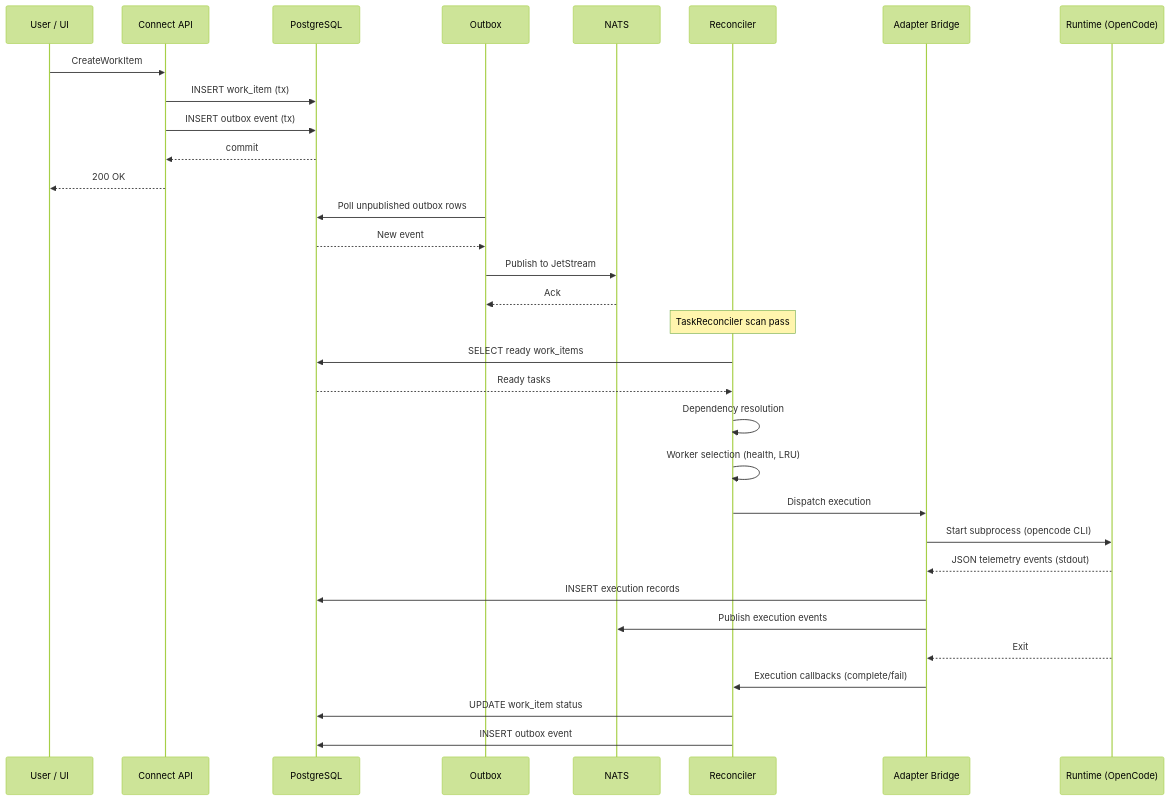
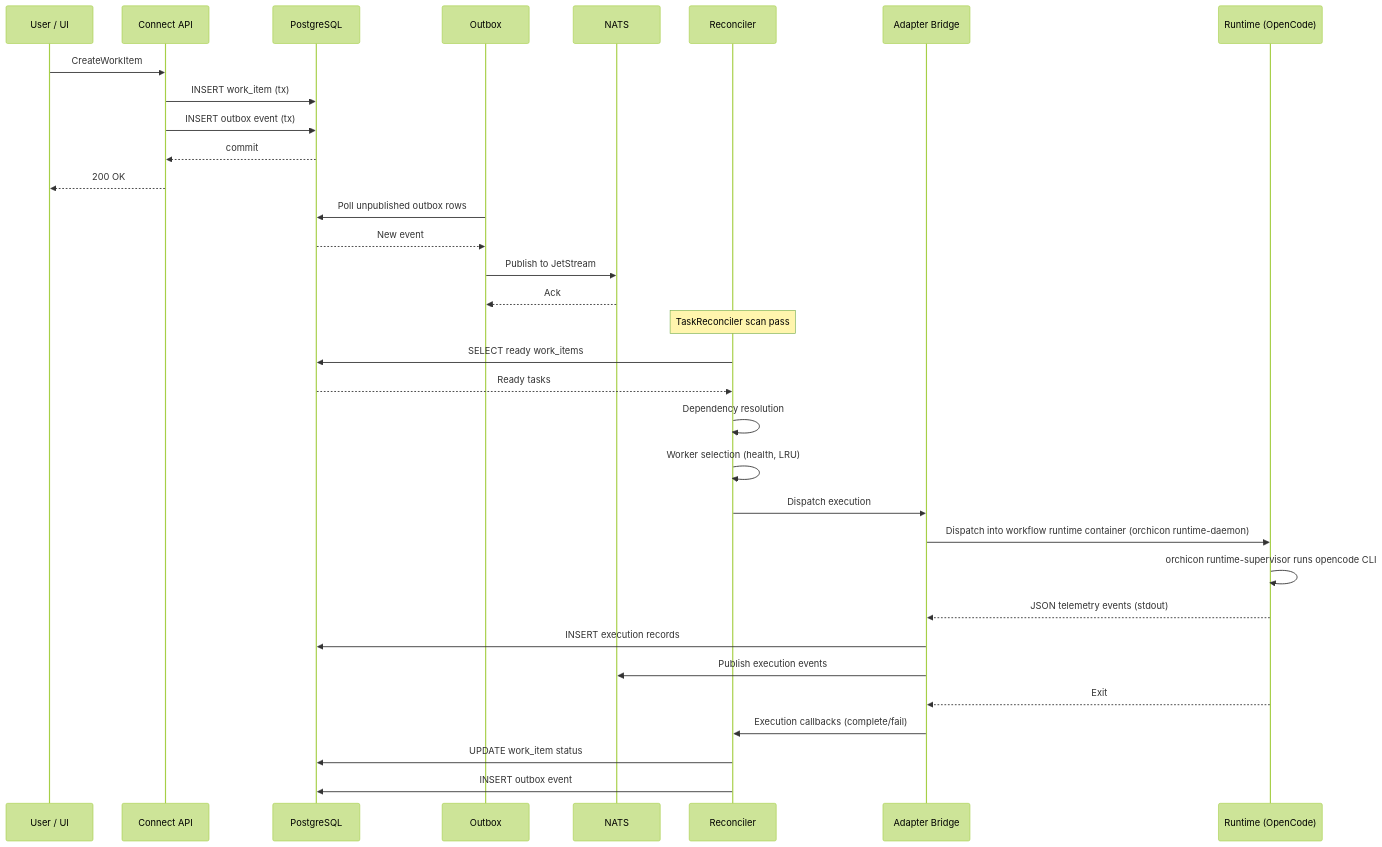
The second of 3 diagrams in DOCUMENTATION.md (beardedparrott/Orchicon), drawn with Mermaid (forest theme) before and after one commit. The commit also changed other lines of this file and 31 other files, not shown here.

First line of the commit message:
Per-workflow runtime containers: pure per-workflow execution, armed + hardened workers (v0.1.164)

````diff
--- a/DOCUMENTATION.md
+++ b/DOCUMENTATION.md
@@ -169,37 +174,38 @@
 ```mermaid
 sequenceDiagram
     participant U as User / UI
     participant API as Connect API
     participant DB as PostgreSQL
     participant O as Outbox
     participant N as NATS
     participant R as Reconciler
     participant A as Adapter Bridge
     participant RT as Runtime (OpenCode)
 
     U->>API: CreateWorkItem
     API->>DB: INSERT work_item (tx)
     API->>DB: INSERT outbox event (tx)
     DB-->>API: commit
     API-->>U: 200 OK
 
     O->>DB: Poll unpublished outbox rows
     DB-->>O: New event
     O->>N: Publish to JetStream
     N-->>O: Ack
 
     Note over R: TaskReconciler scan pass
     R->>DB: SELECT ready work_items
     DB-->>R: Ready tasks
     R->>R: Dependency resolution
     R->>R: Worker selection (health, LRU)
     R->>A: Dispatch execution
-    A->>RT: Start subprocess (opencode CLI)
+    A->>RT: Dispatch into workflow runtime container (orchicon runtime-daemon)
+    RT->>RT: orchicon runtime-supervisor runs opencode CLI
     RT-->>A: JSON telemetry events (stdout)
     A->>DB: INSERT execution records
     A->>N: Publish execution events
     RT-->>A: Exit
     A->>R: Execution callbacks (complete/fail)
     R->>DB: UPDATE work_item status
     R->>DB: INSERT outbox event
 ```
````
